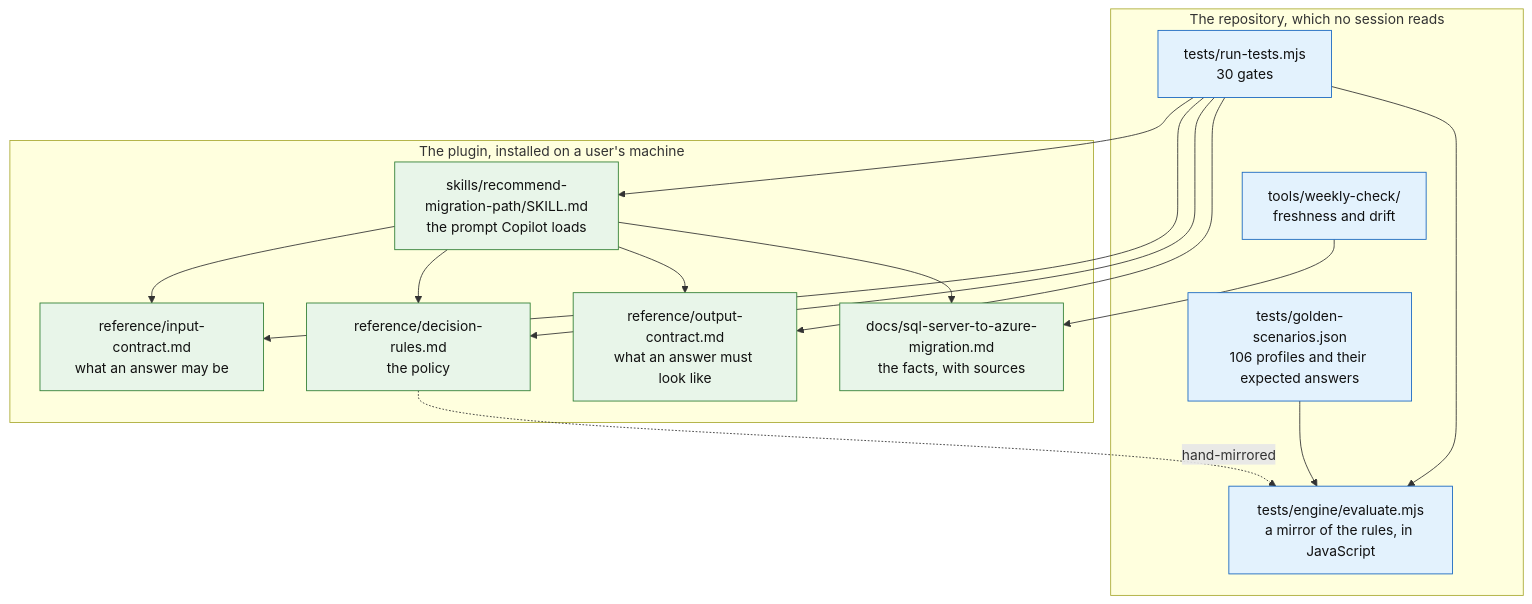
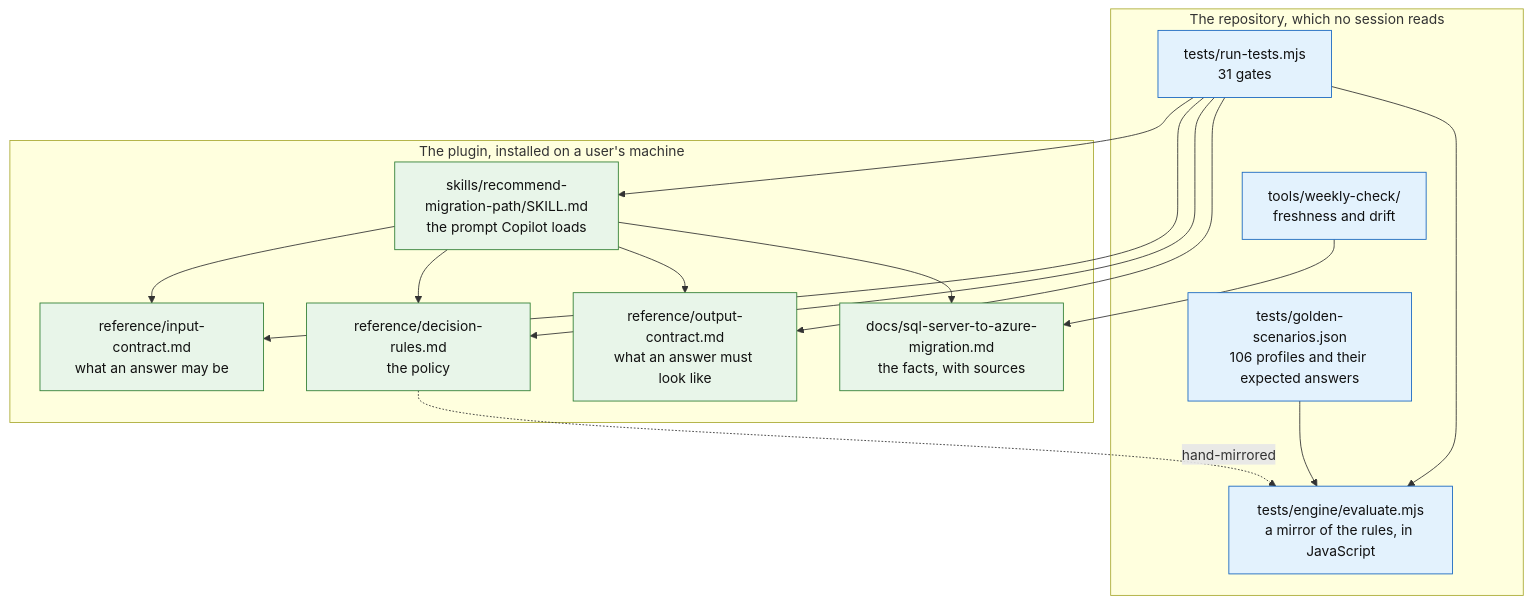
The first of 3 diagrams in docs/ARCHITECTURE.md (fredgis/sql-migration-advisor), drawn with Mermaid before and after one commit. The commit also changed other lines of this file and 25 other files, not shown here.

````diff
--- a/docs/ARCHITECTURE.md
+++ b/docs/ARCHITECTURE.md
@@ -28,35 +28,35 @@
 ```mermaid
 flowchart TD
     subgraph plugin["The plugin, installed on a user's machine"]
       SK["skills/recommend-migration-path/SKILL.md<br/>the prompt Copilot loads"]
       IC["reference/input-contract.md<br/>what an answer may be"]
       DR["reference/decision-rules.md<br/>the policy"]
       OC["reference/output-contract.md<br/>what an answer must look like"]
       KB["docs/sql-server-to-azure-migration.md<br/>the facts, with sources"]
     end
 
     subgraph repo["The repository, which no session reads"]
       EN["tests/engine/evaluate.mjs<br/>a mirror of the rules, in JavaScript"]
       GS["tests/golden-scenarios.json<br/>106 profiles and their expected answers"]
-      GA["tests/run-tests.mjs<br/>30 gates"]
+      GA["tests/run-tests.mjs<br/>31 gates"]
       WK["tools/weekly-check/<br/>freshness and drift"]
     end
 
     SK --> IC
     SK --> DR
     SK --> OC
     SK --> KB
     DR -.->|hand-mirrored| EN
     GS --> EN
     GA --> EN
     GA --> SK
     GA --> IC
     GA --> DR
     GA --> OC
     WK --> KB
 
     classDef live fill:#e8f5e9,stroke:#2e7d32,color:#111
     classDef test fill:#e3f2fd,stroke:#1565c0,color:#111
     class SK,IC,DR,OC,KB live
     class EN,GS,GA,WK test
 ```
````
